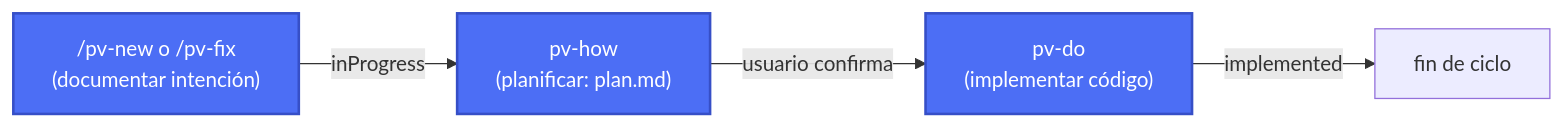
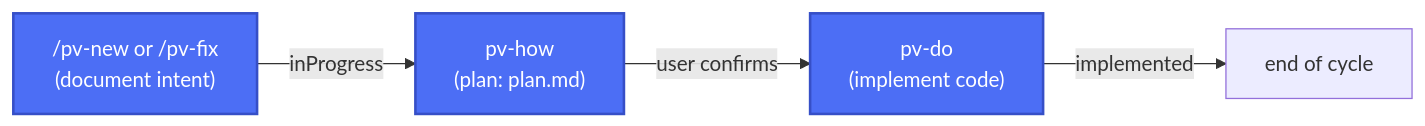
One commit to yeyopepe/previo changed the diagram in README.md. Above: the diagram before and after it, drawn with Mermaid. The commit also changed other lines of this file and 6 other files, not shown here.

````diff
--- a/README.md
+++ b/README.md
@@ -71,14 +72,14 @@
 ```mermaid
 flowchart LR
-    A["/pv-new o /pv-fix\n(documentar intención)"]
-    B["pv-how\n(planificar: plan.md)"]
-    C["pv-do\n(implementar código)"]
-    H["fin de ciclo"]
+    A["/pv-new or /pv-fix\n(document intent)"]
+    B["pv-how\n(plan: plan.md)"]
+    C["pv-do\n(implement code)"]
+    H["end of cycle"]
 
     A -->|"inProgress"| B
-    B -->|usuario confirma| C
+    B -->|user confirms| C
     C -->|"implemented"| H
 
-    class A,B,C obligatorio
-    classDef obligatorio fill:#4c6ef5,stroke:#364fc7,stroke-width:2px,color:#fff
+    class A,B,C required
+    classDef required fill:#4c6ef5,stroke:#364fc7,stroke-width:2px,color:#fff
 ```
````
